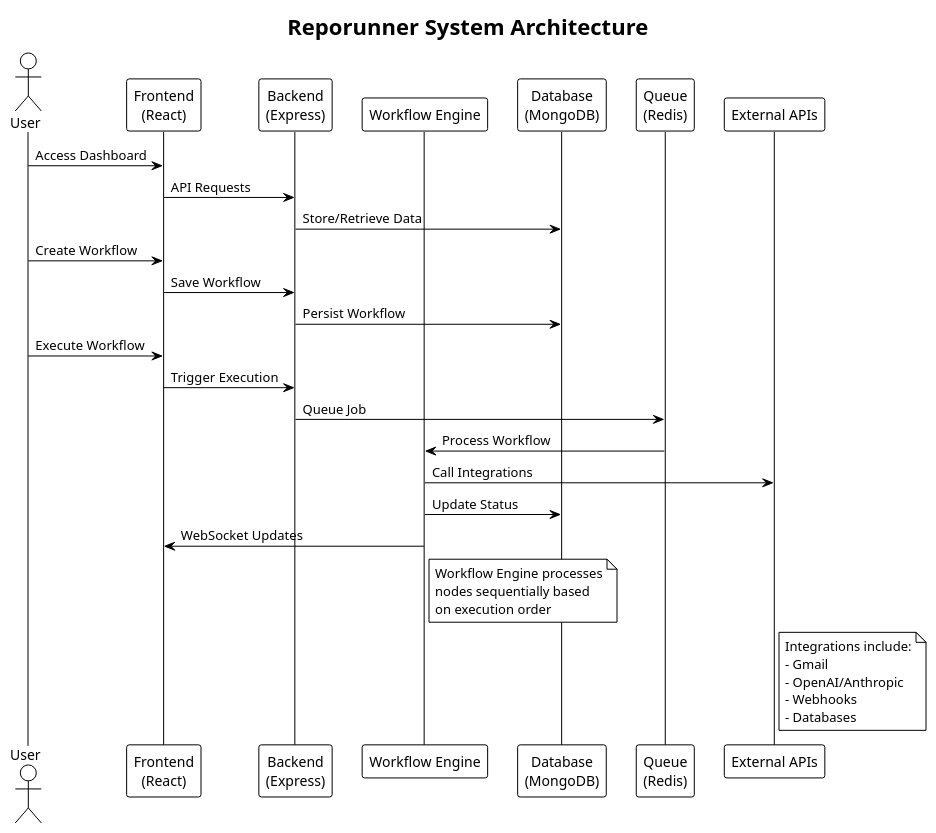
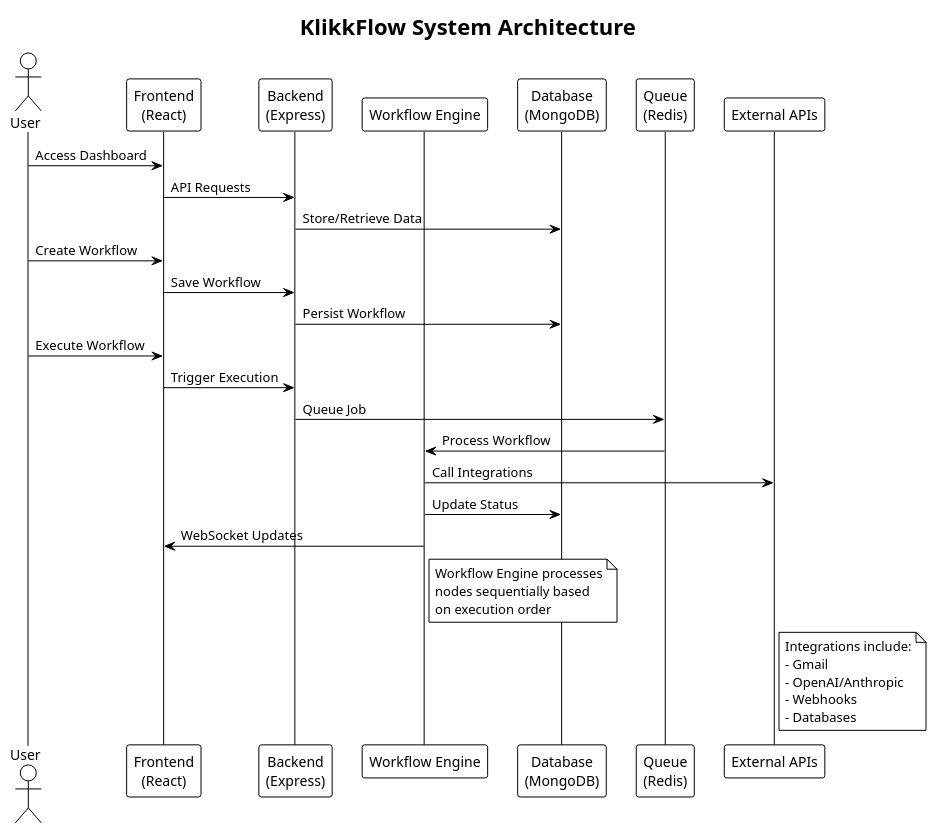
One commit to KlikkAI/reporunner changed the diagram in docs/project-planning/diagrams/architecture/system-overview.puml. Above: the diagram before and after it, drawn with PlantUML. The commit also changed 532 other files, not shown here.

First line of the commit message:
docs: rebrand from Reporunner/KlikkAI to KlikkFlow

```diff
--- a/docs/project-planning/diagrams/architecture/system-overview.puml
+++ b/docs/project-planning/diagrams/architecture/system-overview.puml
@@ -1,43 +1,43 @@
 @startuml System Overview
 !theme plain
-title Reporunner System Architecture
+title KlikkFlow System Architecture
 
 actor User as user
 participant "Frontend\n(React)" as frontend
 participant "Backend\n(Express)" as backend
 participant "Workflow Engine" as engine
 participant "Database\n(MongoDB)" as db
 participant "Queue\n(Redis)" as queue
 participant "External APIs" as apis
 
 user -> frontend: Access Dashboard
 frontend -> backend: API Requests
 backend -> db: Store/Retrieve Data
 
 user -> frontend: Create Workflow
 frontend -> backend: Save Workflow
 backend -> db: Persist Workflow
 
 user -> frontend: Execute Workflow
 frontend -> backend: Trigger Execution
 backend -> queue: Queue Job
 queue -> engine: Process Workflow
 engine -> apis: Call Integrations
 engine -> db: Update Status
 engine -> frontend: WebSocket Updates
 
 note right of engine
   Workflow Engine processes
   nodes sequentially based
   on execution order
 end note
 
 note right of apis
   Integrations include:
   - Gmail
   - OpenAI/Anthropic
   - Webhooks
   - Databases
 end note
 
 @enduml
```
